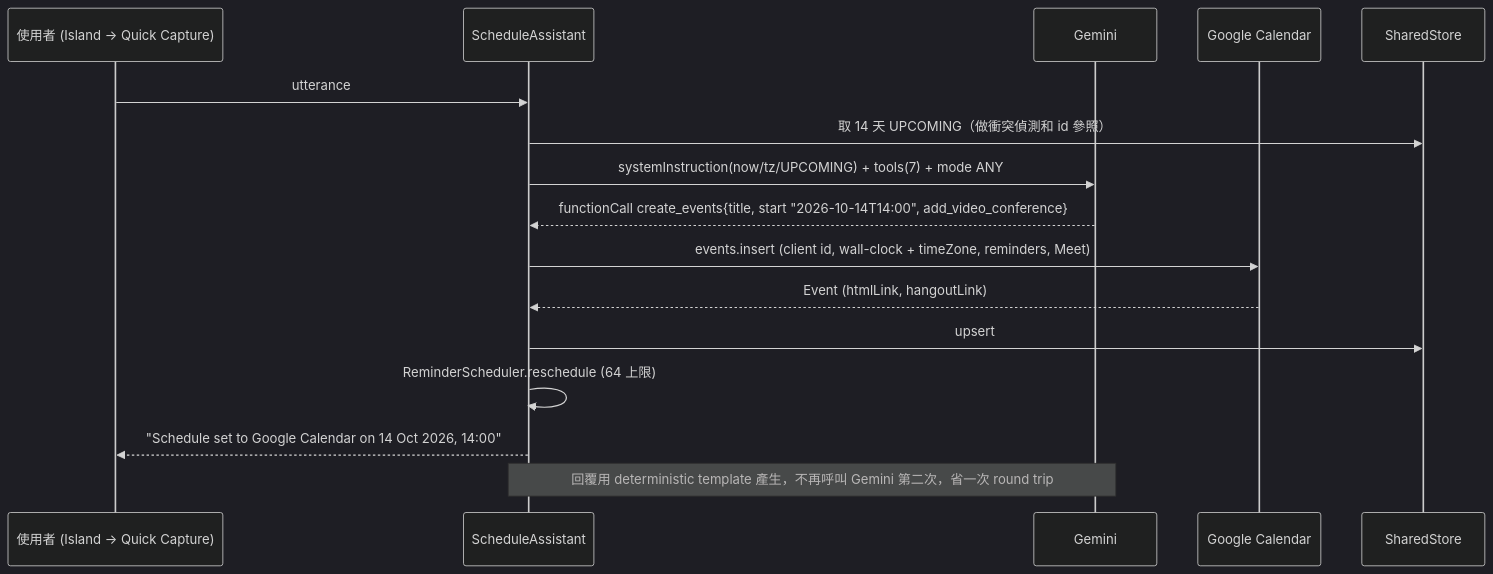
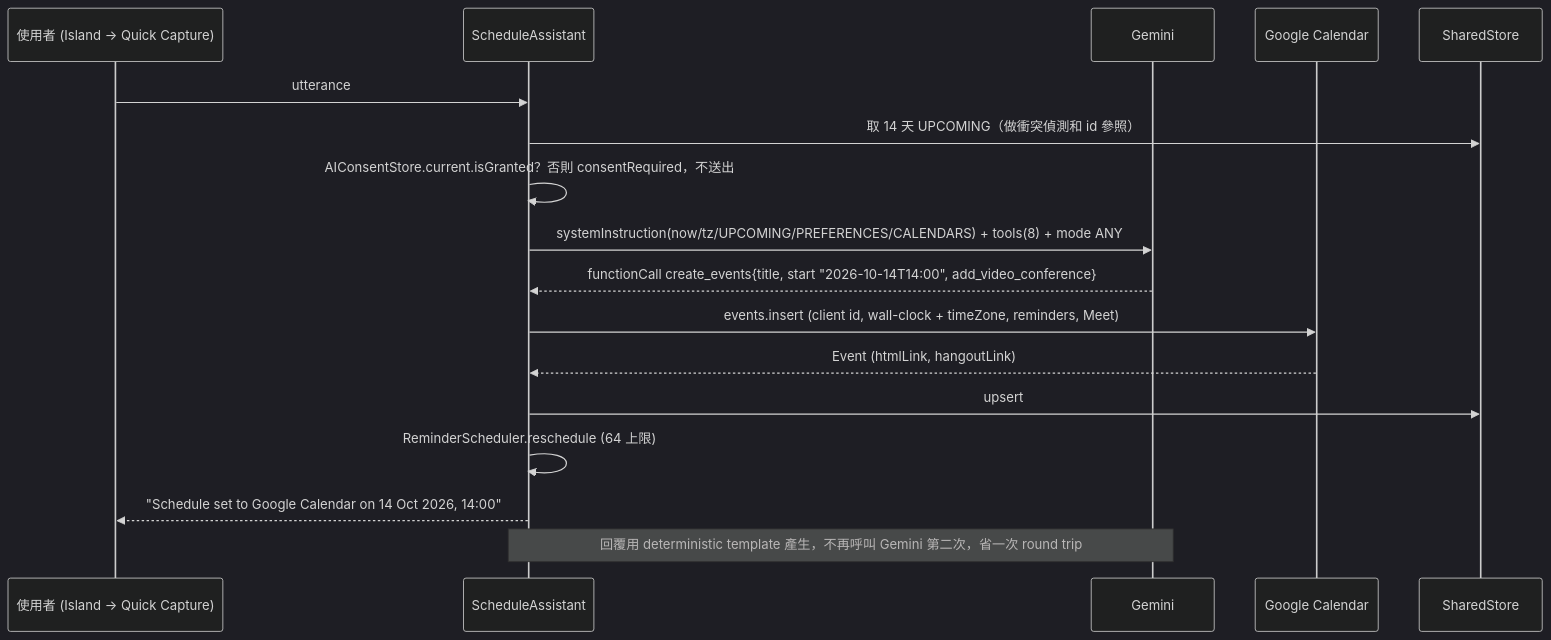
The second of 2 diagrams in docs/ARCHITECTURE.md (kennymaukwen-GIT/Smart-Schedule), drawn with Mermaid (dark theme) before and after one commit. The commit also changed other lines of this file and 135 other files, not shown here.

````diff
--- a/docs/ARCHITECTURE.md
+++ b/docs/ARCHITECTURE.md
@@ -125,18 +151,19 @@
 ```mermaid
 sequenceDiagram
   participant U as 使用者 (Island → Quick Capture)
   participant A as ScheduleAssistant
   participant G as Gemini
   participant C as Google Calendar
   participant S as SharedStore
   U->>A: utterance
   A->>S: 取 14 天 UPCOMING（做衝突偵測和 id 參照）
-  A->>G: systemInstruction(now/tz/UPCOMING) + tools(7) + mode ANY
+  A->>A: AIConsentStore.current.isGranted？否則 consentRequired，不送出
+  A->>G: systemInstruction(now/tz/UPCOMING/PREFERENCES/CALENDARS) + tools(8) + mode ANY
   G-->>A: functionCall create_events{title, start "2026-10-14T14:00", add_video_conference}
   A->>C: events.insert (client id, wall-clock + timeZone, reminders, Meet)
   C-->>A: Event (htmlLink, hangoutLink)
   A->>S: upsert
   A->>A: ReminderScheduler.reschedule (64 上限)
   A-->>U: "Schedule set to Google Calendar on 14 Oct 2026, 14:00"
   Note over A,G: 回覆用 deterministic template 產生，不再呼叫 Gemini 第二次，省一次 round trip
 ```
````
